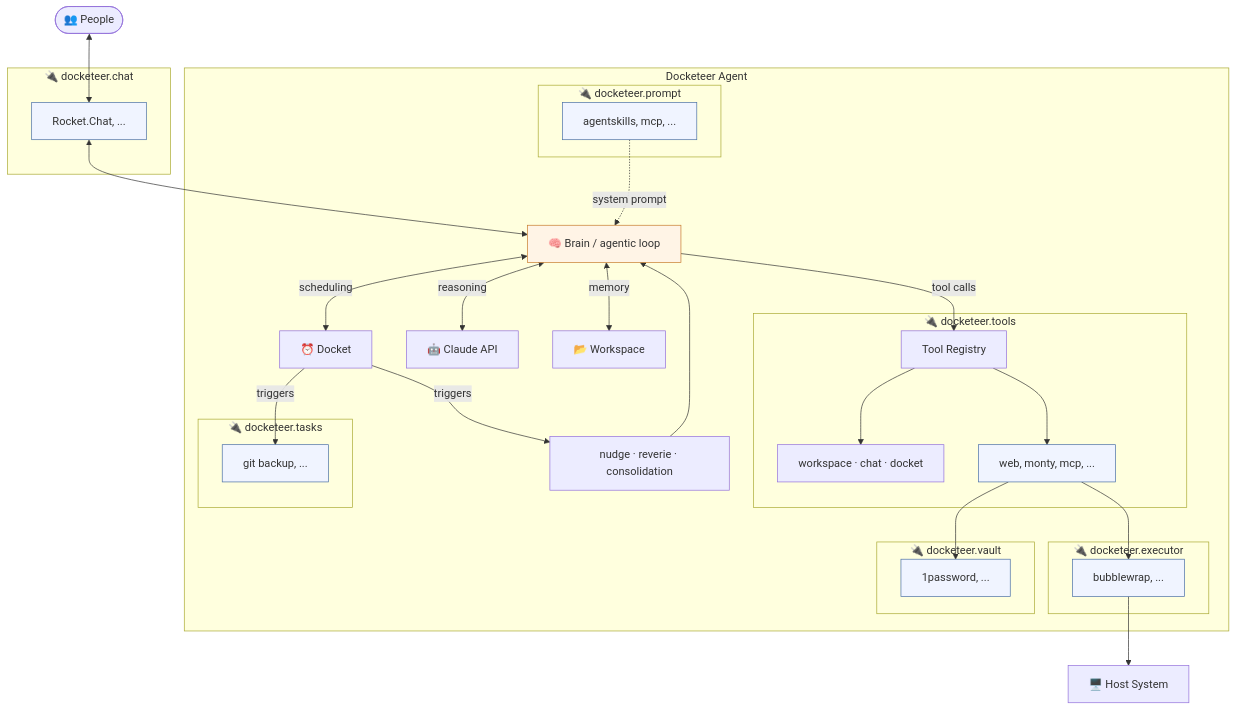
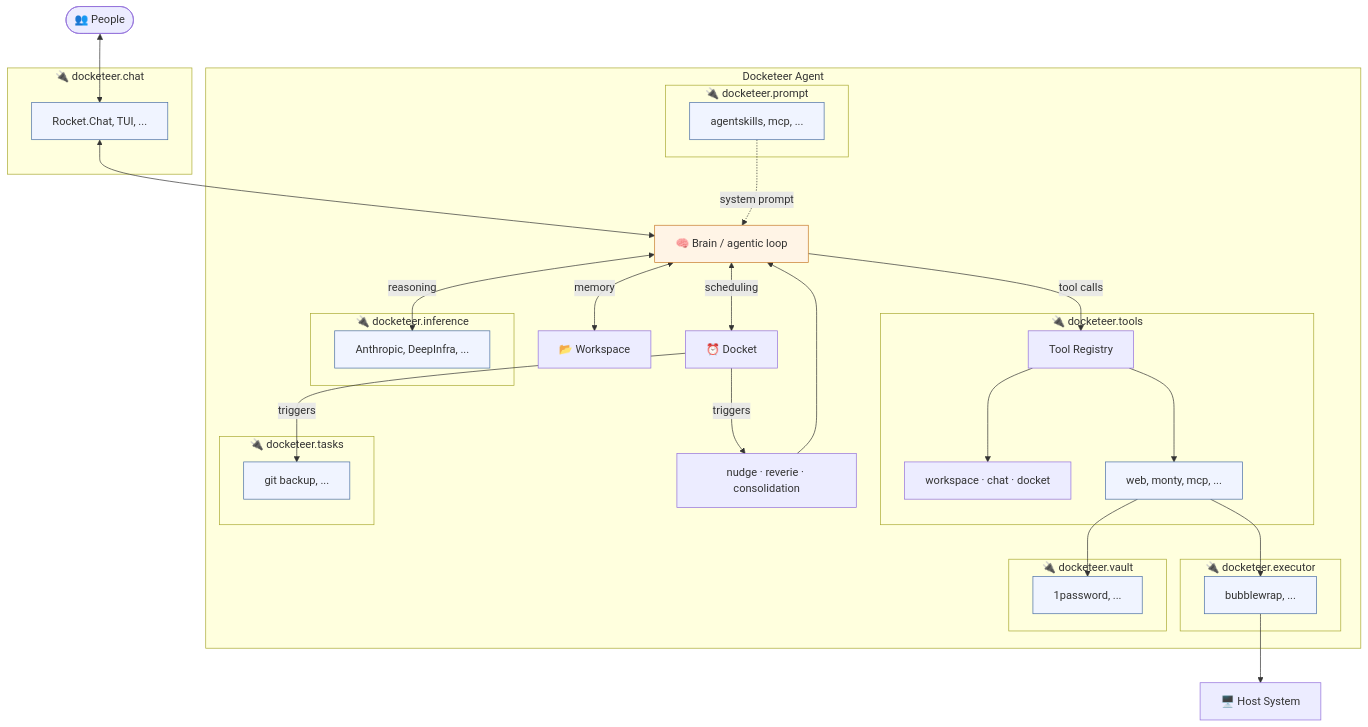
The diagram in README.md (chrisguidry/docketeer), drawn with Mermaid before and after one commit. The commit also changed other lines of this file, not shown here.

First line of the commit message:
Update README to reflect pluggable inference and missing packages

````diff
--- a/README.md
+++ b/README.md
@@ -66,58 +67,61 @@
 ```mermaid
 graph TD
     People(["👥 People"])
     People <--> ChatClient
 
     subgraph chat ["🔌 docketeer.chat"]
-        ChatClient["Rocket.Chat, ..."]
+        ChatClient["Rocket.Chat, TUI, ..."]
     end
 
     ChatClient <--> Brain
 
     subgraph agent ["Docketeer Agent"]
         Brain["🧠 Brain / agentic loop"]
 
-        Brain <-- "reasoning" --> API["🤖 Claude API"]
+        subgraph inference ["🔌 docketeer.inference"]
+            API["Anthropic, DeepInfra, ..."]
+        end
+        Brain <-- "reasoning" --> API
         Brain <-- "memory" --> Workspace["📂 Workspace"]
         Brain <-- "scheduling" --> Docket["⏰ Docket"]
 
         Docket -- triggers --> CoreTasks["nudge · reverie · consolidation"]
         CoreTasks --> Brain
 
         subgraph prompt ["🔌 docketeer.prompt"]
             Prompts["agentskills, mcp, ..."]
         end
         Prompts -. system prompt .-> Brain
 
         Brain -- tool calls --> Registry
         subgraph tools ["🔌 docketeer.tools"]
             Registry["Tool Registry"]
             CoreTools["workspace · chat · docket"]
             PluginTools["web, monty, mcp, ..."]
         end
         Registry --> CoreTools
         Registry --> PluginTools
 
         Docket -- triggers --> PluginTasks
         subgraph tasks ["🔌 docketeer.tasks"]
             PluginTasks["git backup, ..."]
         end
 
         subgraph executor ["🔌 docketeer.executor"]
             Sandbox["bubblewrap, ..."]
         end
         PluginTools --> Sandbox
 
         subgraph vault ["🔌 docketeer.vault"]
             Secrets["1password, ..."]
         end
         PluginTools --> Secrets
     end
 
     Sandbox --> Host["🖥️ Host System"]
 
     classDef plugin fill:#f0f4ff,stroke:#4a6fa5
     classDef core fill:#fff4e6,stroke:#c77b2a
-    class ChatClient,Prompts,PluginTools,Sandbox,Secrets,PluginTasks plugin
+    class API,ChatClient,Prompts,PluginTools,Sandbox,Secrets,PluginTasks plugin
     class Brain core
 ```
````
